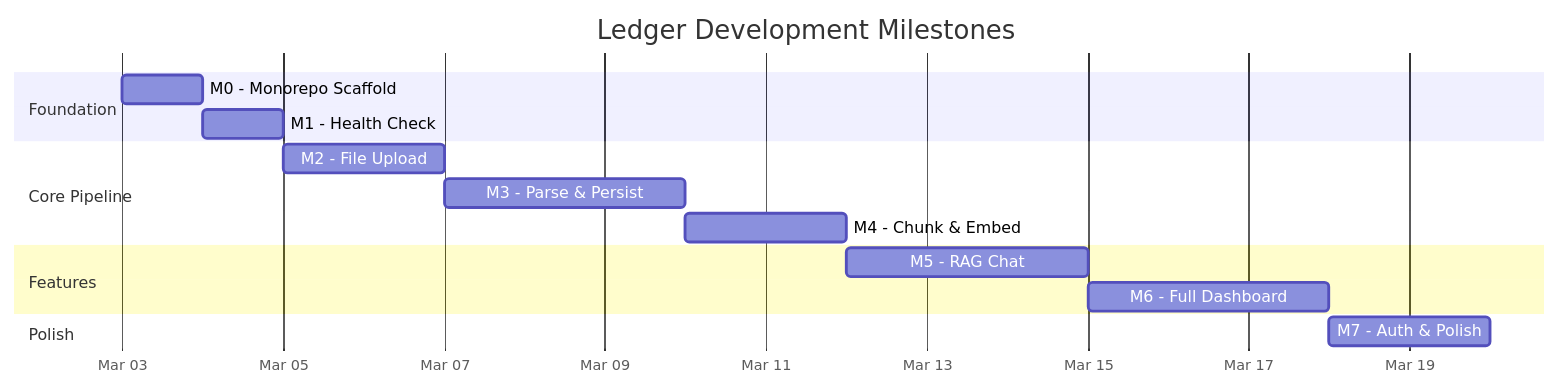
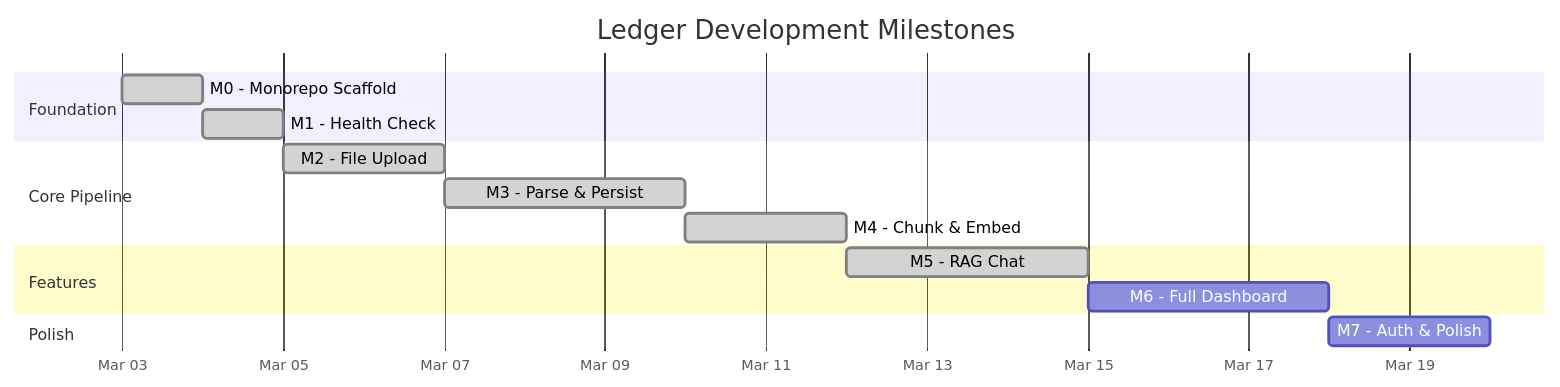
Before and after one commit to darth-dodo/ledger: the fourth of 4 diagrams in docs/product.md, drawn with Mermaid. The commit also changed other lines of this file and 2 other files, not shown here.

First line of the commit message:
docs: update architecture, product, and CLAUDE.md for M5 RAG Chat

````diff
--- a/docs/product.md
+++ b/docs/product.md
@@ -139,22 +171,22 @@
 ```mermaid
 gantt
     title Ledger Development Milestones
     dateFormat YYYY-MM-DD
     axisFormat %b %d
 
     section Foundation
-        M0 - Monorepo Scaffold       :m0, 2026-03-03, 1d
-        M1 - Health Check             :m1, after m0, 1d
+        M0 - Monorepo Scaffold       :done, m0, 2026-03-03, 1d
+        M1 - Health Check             :done, m1, after m0, 1d
 
     section Core Pipeline
-        M2 - File Upload              :m2, after m1, 2d
-        M3 - Parse & Persist          :m3, after m2, 3d
-        M4 - Chunk & Embed            :m4, after m3, 2d
+        M2 - File Upload              :done, m2, after m1, 2d
+        M3 - Parse & Persist          :done, m3, after m2, 3d
+        M4 - Chunk & Embed            :done, m4, after m3, 2d
 
     section Features
-        M5 - RAG Chat                 :m5, after m4, 3d
+        M5 - RAG Chat                 :done, m5, after m4, 3d
         M6 - Full Dashboard           :m6, after m5, 3d
 
     section Polish
         M7 - Auth & Polish            :m7, after m6, 2d
 ```
````
